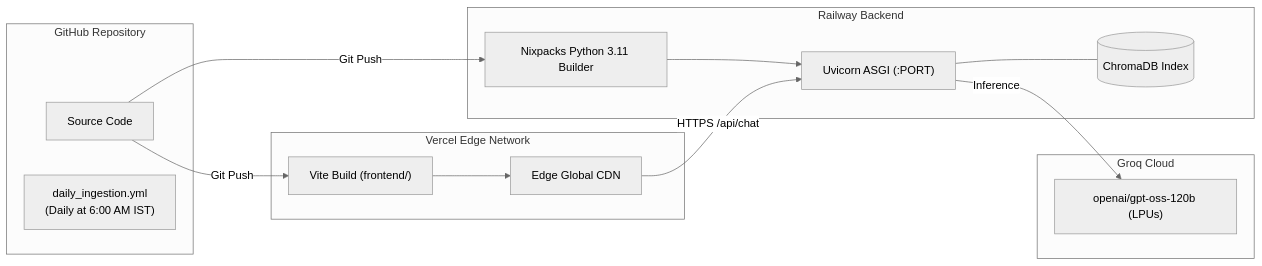
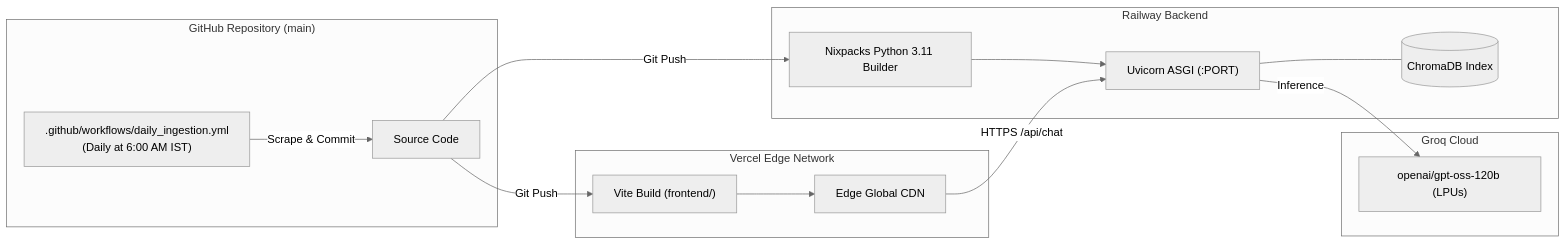
One commit to beyoujagat/fundcompass-rag-chatbot changed the second of 2 diagrams in README.md. Above: the diagram before and after it, drawn with Mermaid (neutral theme). The commit also changed other lines of this file and 2 other files, not shown here.

Commit message:
docs: consolidate technical architecture and project documentation

````diff
--- a/README.md
+++ b/README.md
@@ -215,29 +204,30 @@
 ```mermaid
 flowchart LR
-    subgraph GitHub ["GitHub Repository"]
+    subgraph GitHub ["GitHub Repository (main)"]
         Source["Source Code"]
-        Action["daily_ingestion.yml<br>(Daily at 6:00 AM IST)"]
+        Action[".github/workflows/daily_ingestion.yml<br>(Daily at 6:00 AM IST)"]
     end
 
     subgraph Railway ["Railway Backend"]
         Nixpacks["Nixpacks Python 3.11 Builder"]
         Uvicorn["Uvicorn ASGI (:PORT)"]
         ChromaStore[("ChromaDB Index")]
         Nixpacks --> Uvicorn --- ChromaStore
     end
 
     subgraph Vercel ["Vercel Edge Network"]
         ViteBuild["Vite Build (frontend/)"]
         EdgeCDN["Edge Global CDN"]
         ViteBuild --> EdgeCDN
     end
 
     subgraph GroqCloud ["Groq Cloud"]
         GroqAPI["openai/gpt-oss-120b (LPUs)"]
     end
 
     Source -->|Git Push| Nixpacks
     Source -->|Git Push| ViteBuild
+    Action -->|Scrape & Commit| Source
     EdgeCDN -->|HTTPS /api/chat| Uvicorn
     Uvicorn -->|Inference| GroqAPI
 ```
````
